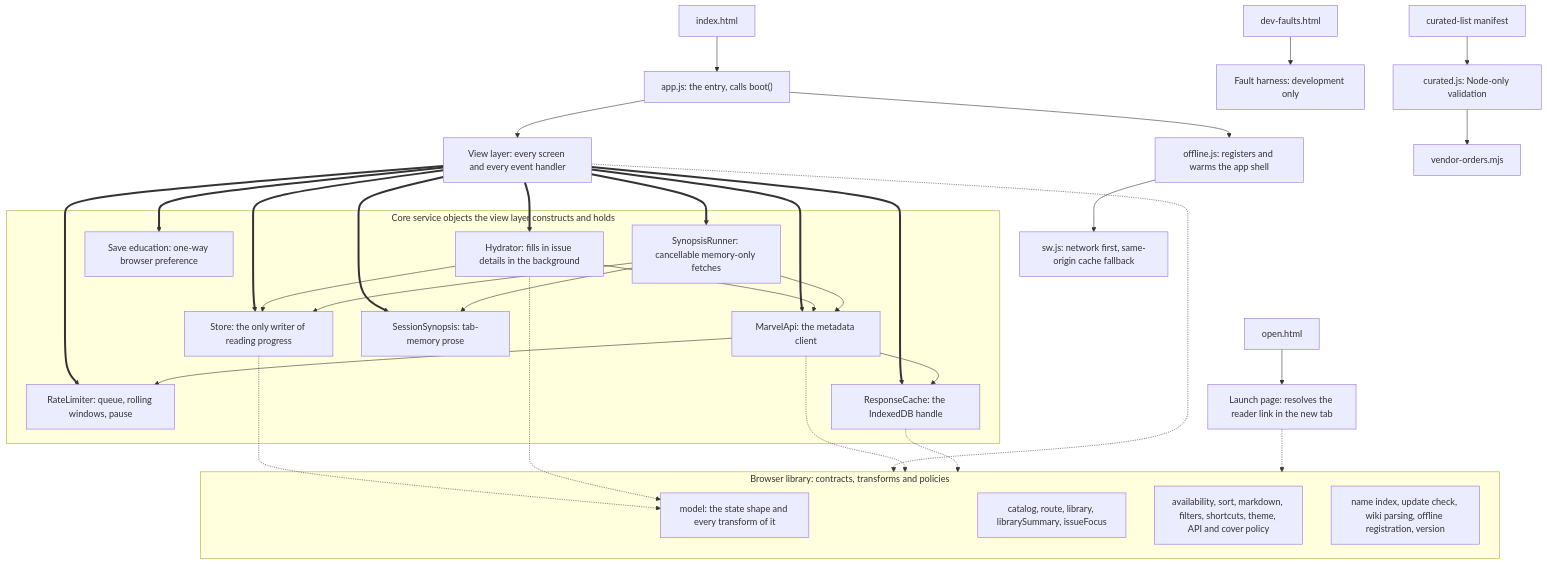
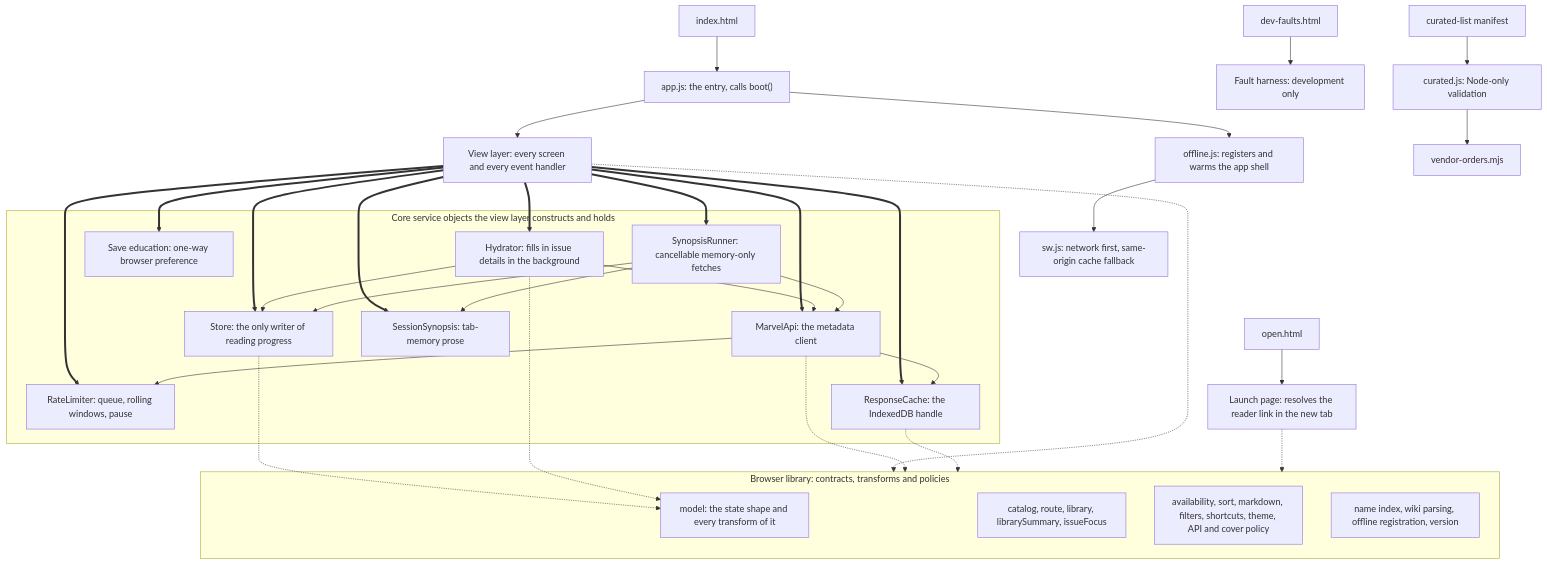
The first of 5 diagrams in docs/ARCHITECTURE.md (raymond-nassar/recap-page), drawn with Mermaid before and after one commit. The commit also changed other lines of this file and 41 other files, not shown here.

````diff
--- a/docs/ARCHITECTURE.md
+++ b/docs/ARCHITECTURE.md
@@ -43,54 +43,54 @@
 ```mermaid
 flowchart TD
   idx["index.html"] --> app["app.js: the entry, calls boot()"]
   app --> view["View layer: every screen and every event handler"]
   app --> offline["offline.js: registers and warms the app shell"]
   offline --> worker["sw.js: network first, same-origin cache fallback"]
   opn["open.html"] --> launch["Launch page: resolves the reader link in the new tab"]
   dev["dev-faults.html"] --> harness["Fault harness: development only"]
 
   subgraph owned["Core service objects the view layer constructs and holds"]
     store["Store: the only writer of reading progress"]
     limiter["RateLimiter: queue, rolling windows, pause"]
     cache["ResponseCache: the IndexedDB handle"]
     api["MarvelApi: the metadata client"]
     hydrator["Hydrator: fills in issue details in the background"]
     education["Save education: one-way browser preference"]
     synopses["SessionSynopsis: tab-memory prose"]
     synopsisRunner["SynopsisRunner: cancellable memory-only fetches"]
   end
 
   view ==> store
   view ==> limiter
   view ==> cache
   view ==> api
   view ==> hydrator
   view ==> education
   view ==> synopses
   view ==> synopsisRunner
 
   api --> limiter
   api --> cache
   hydrator --> api
   hydrator --> store
   synopsisRunner --> api
   synopsisRunner --> store
   synopsisRunner --> synopses
 
   subgraph lib["Browser library: contracts, transforms and policies"]
     model["model: the state shape and every transform of it"]
     discovery["catalog, route, library, librarySummary, issueFocus"]
     policy["availability, sort, markdown, filters, shortcuts, theme, API and cover policy"]
-    integrations["name index, update check, wiki parsing, offline registration, version"]
+    integrations["name index, wiki parsing, offline registration, version"]
   end
 
   view -.-> lib
   store -.-> model
   hydrator -.-> model
   api -.-> lib
   cache -.-> lib
   launch -.-> lib
 
   manifest["curated-list manifest"] --> curated["curated.js: Node-only validation"]
   curated --> vendor["vendor-orders.mjs"]
 ```
````
